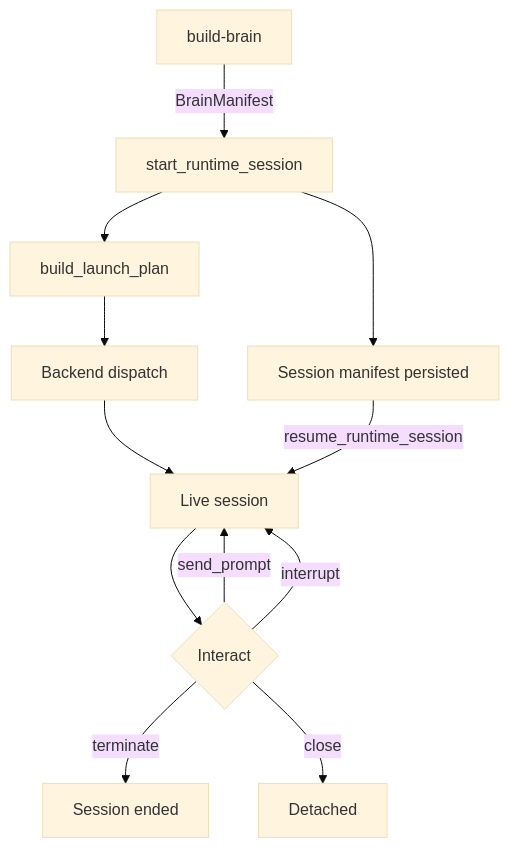
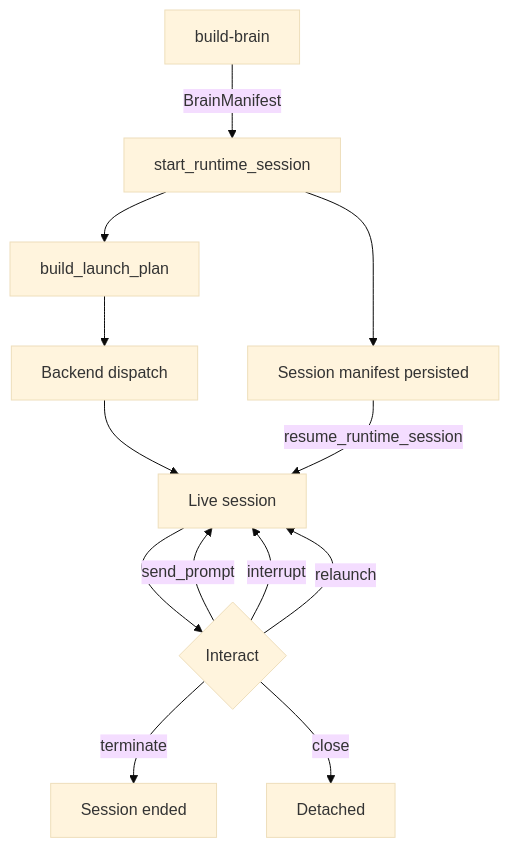
Before and after one commit to igamenovoer/houmao: the first of 4 diagrams in docs/reference/run-phase/session-lifecycle.md, drawn with Mermaid (base theme). The commit also changed other lines of this file and 75 other files, not shown here.

````diff
--- a/docs/reference/run-phase/session-lifecycle.md
+++ b/docs/reference/run-phase/session-lifecycle.md
@@ -146,14 +169,15 @@
 ```mermaid
 flowchart TD
     A[build-brain] -->|BrainManifest| B[start_runtime_session]
     B --> C[build_launch_plan]
     C --> D[Backend dispatch]
     D --> E[Live session]
     E --> F{Interact}
     F -->|send_prompt| E
     F -->|interrupt| E
+    F -->|relaunch| E
     F -->|terminate| G[Session ended]
     F -->|close| H[Detached]
     B --> I[Session manifest persisted]
     I -->|resume_runtime_session| E
 ```
````
